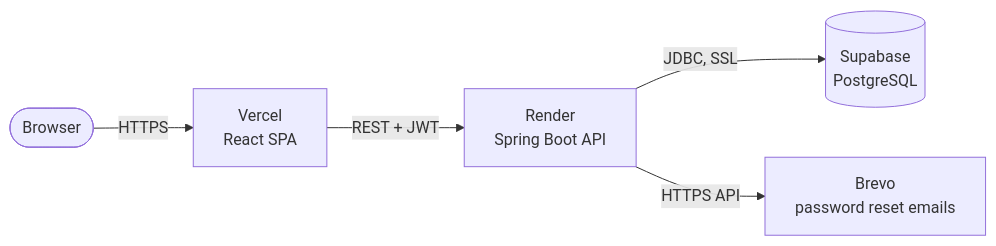
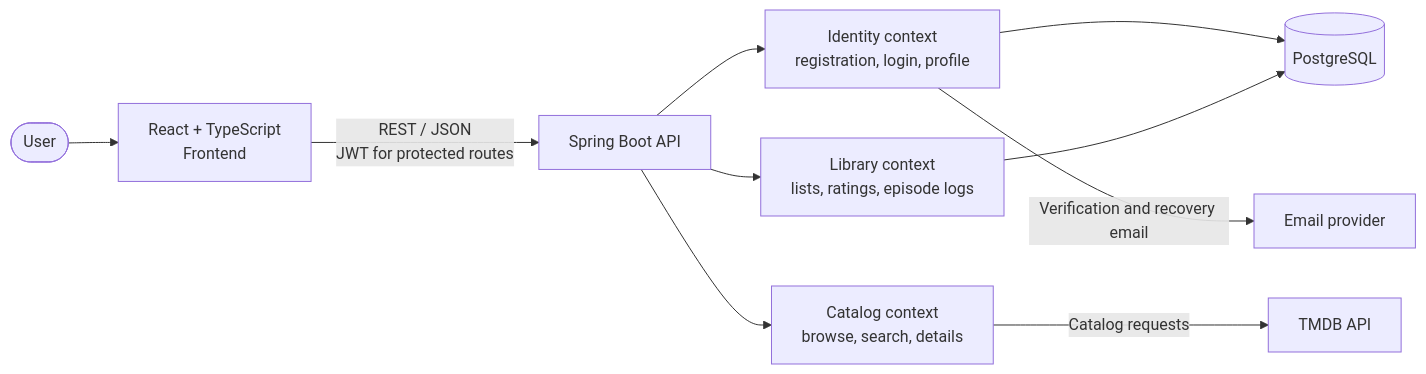
Before and after one commit to pedrocorsini/corsabox: the diagram in README.md, drawn with Mermaid. The commit also changed other lines of this file, not shown here.

````diff
--- a/README.md
+++ b/README.md
@@ -72,7 +47,12 @@
 ```mermaid
 flowchart LR
-    U([Browser]) -->|HTTPS| V[Vercel<br/>React SPA]
-    V -->|REST + JWT| R[Render<br/>Spring Boot API]
-    R -->|JDBC, SSL| S[(Supabase<br/>PostgreSQL)]
-    R -->|HTTPS API| B[Brevo<br/>password reset emails]
+    U([User]) --> B[React + TypeScript<br/>Frontend]
+    B -->|REST / JSON<br/>JWT for protected routes| API[Spring Boot API]
+    API --> ID[Identity context<br/>registration, login, profile]
+    API --> CAT[Catalog context<br/>browse, search, details]
+    API --> LIB[Library context<br/>lists, ratings, episode logs]
+    ID --> DB[(PostgreSQL)]
+    LIB --> DB
+    CAT -->|Catalog requests| TMDB[TMDB API]
+    ID -->|Verification and recovery email| MAIL[Email provider]
 ```
````
